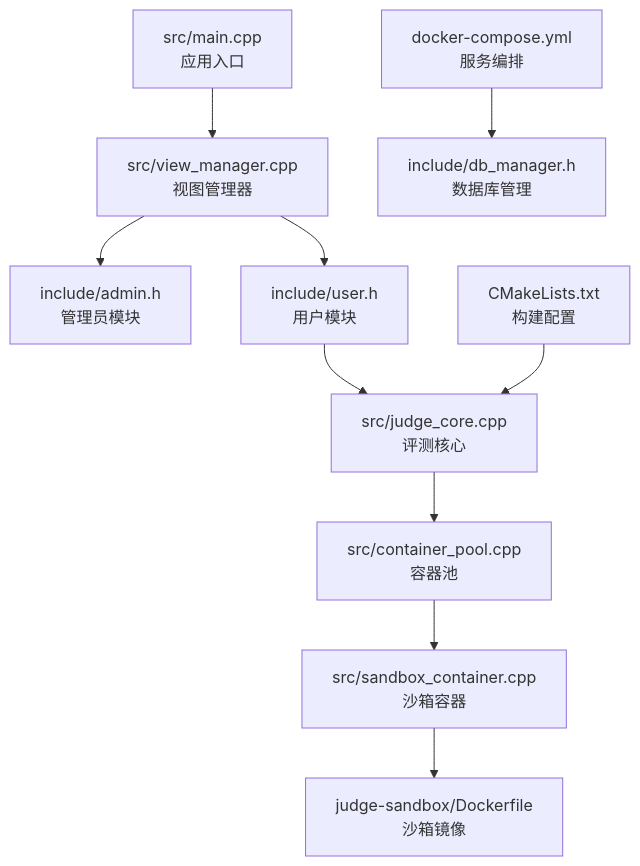
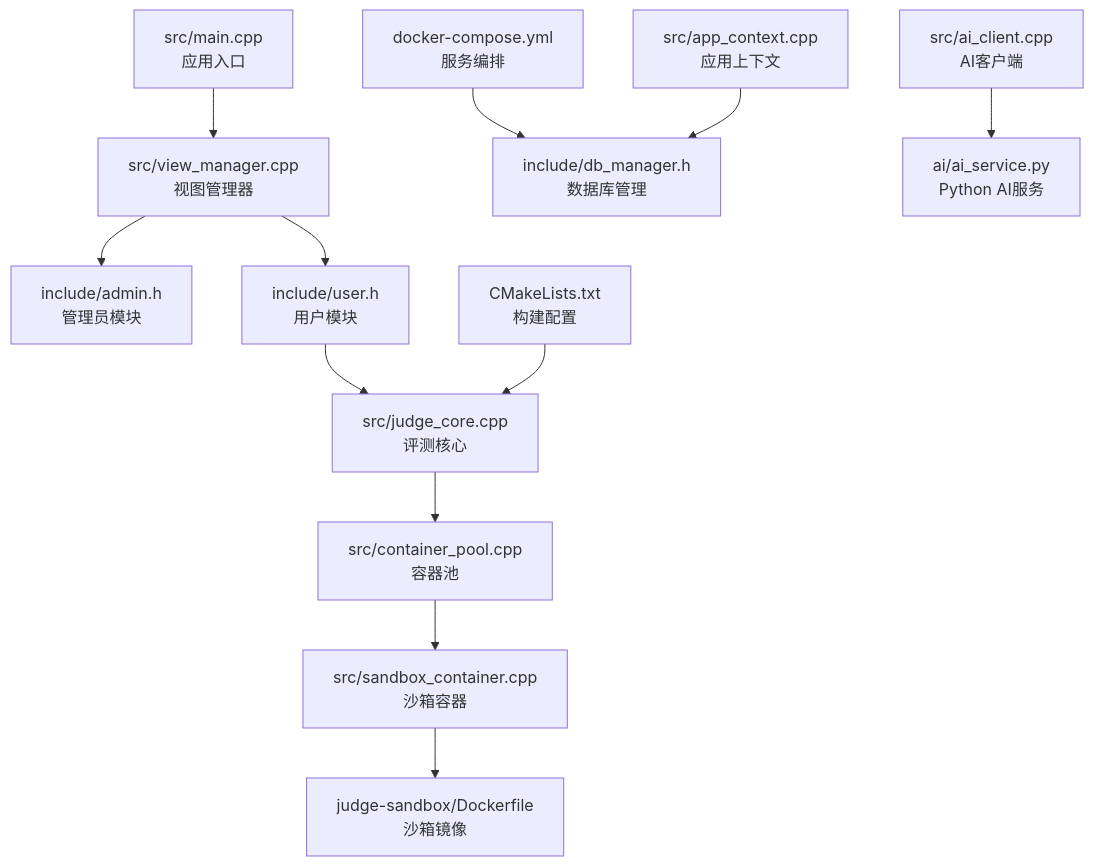
The first of 8 diagrams in .qoder/repowiki/zh/content/代码评测系统/代码评测系统.md (jinpeng900/OJ-Test), drawn with Mermaid before and after one commit. The commit also changed other lines of this file and 8 other files, not shown here.

````diff
--- a/.qoder/repowiki/zh/content/代码评测系统/代码评测系统.md
+++ b/.qoder/repowiki/zh/content/代码评测系统/代码评测系统.md
@@ -47,12 +63,14 @@
 ```mermaid
 graph TB
 A["src/main.cpp<br/>应用入口"] --> B["src/view_manager.cpp<br/>视图管理器"]
 B --> C["include/admin.h<br/>管理员模块"]
 B --> D["include/user.h<br/>用户模块"]
 D --> E["src/judge_core.cpp<br/>评测核心"]
 E --> F["src/container_pool.cpp<br/>容器池"]
 F --> G["src/sandbox_container.cpp<br/>沙箱容器"]
 G --> H["judge-sandbox/Dockerfile<br/>沙箱镜像"]
 I["docker-compose.yml<br/>服务编排"] --> J["include/db_manager.h<br/>数据库管理"]
 K["CMakeLists.txt<br/>构建配置"] --> E
+L["src/app_context.cpp<br/>应用上下文"] --> J
+M["src/ai_client.cpp<br/>AI客户端"] --> N["ai/ai_service.py<br/>Python AI服务"]
 ```
````
